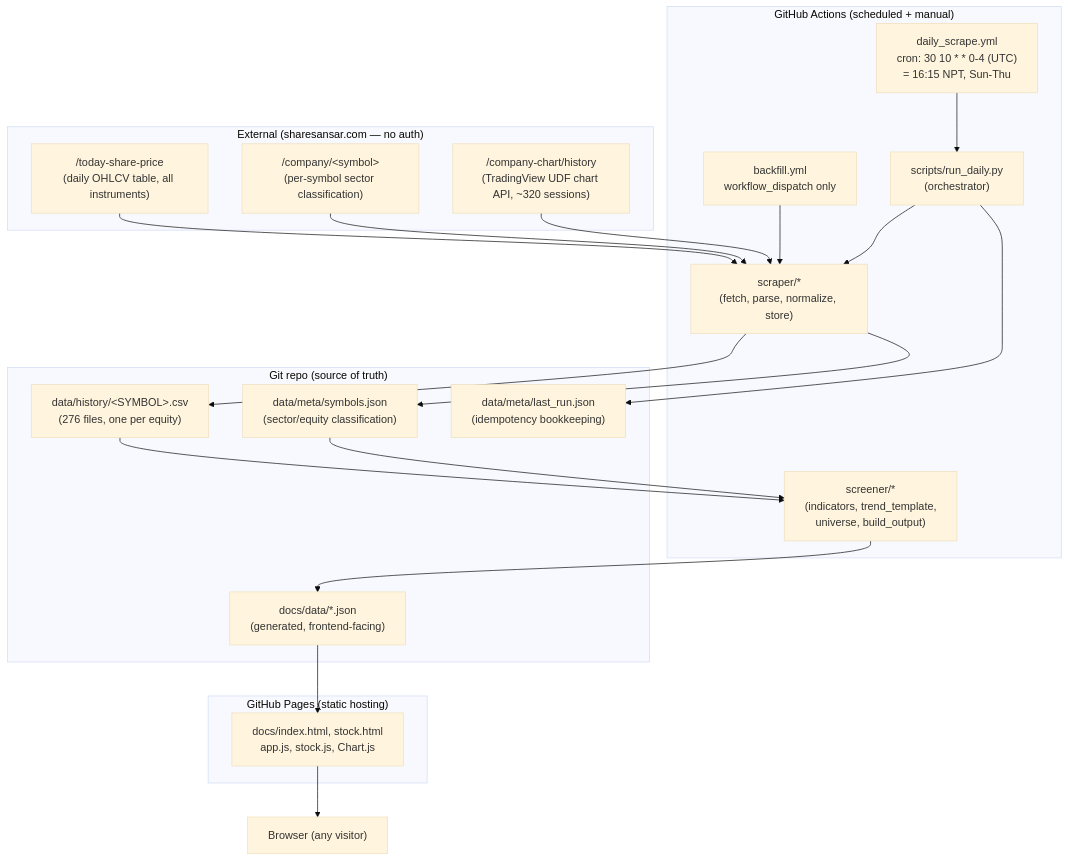
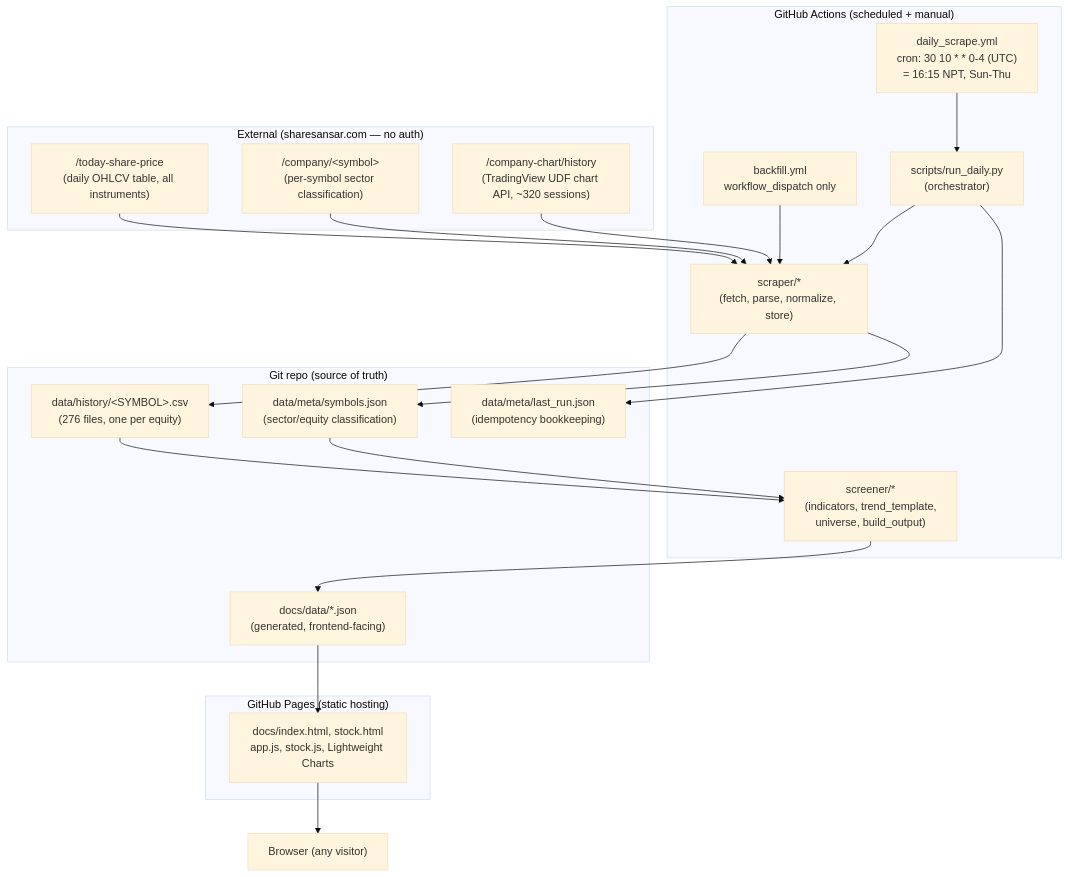
One commit to Sujangyawali/nepse-stage2-screener changed the first of 2 diagrams in TECHNICAL_DESIGN.md. Above: the diagram before and after it, drawn with Mermaid (base theme). The commit also changed other lines of this file and 23 other files, not shown here.

First line of the commit message:
Stock page: NepseAlpha-style candlestick chart with AMA lines

````diff
--- a/TECHNICAL_DESIGN.md
+++ b/TECHNICAL_DESIGN.md
@@ -31,43 +31,43 @@
 ```mermaid
 flowchart TB
     subgraph External["External (sharesansar.com — no auth)"]
         A1["/today-share-price\n(daily OHLCV table, all instruments)"]
         A2["/company/&lt;symbol&gt;\n(per-symbol sector classification)"]
         A3["/company-chart/history\n(TradingView UDF chart API, ~320 sessions)"]
     end
 
     subgraph CI["GitHub Actions (scheduled + manual)"]
         B1["daily_scrape.yml\ncron: 30 10 * * 0-4 (UTC)\n= 16:15 NPT, Sun-Thu"]
         B2["backfill.yml\nworkflow_dispatch only"]
         C["scripts/run_daily.py\n(orchestrator)"]
         D["scraper/*\n(fetch, parse, normalize, store)"]
         E["screener/*\n(indicators, trend_template,\nuniverse, build_output)"]
     end
 
     subgraph Repo["Git repo (source of truth)"]
         F1["data/history/&lt;SYMBOL&gt;.csv\n(276 files, one per equity)"]
         F2["data/meta/symbols.json\n(sector/equity classification)"]
         F3["data/meta/last_run.json\n(idempotency bookkeeping)"]
         F4["docs/data/*.json\n(generated, frontend-facing)"]
     end
 
     subgraph Pages["GitHub Pages (static hosting)"]
-        G["docs/index.html, stock.html\napp.js, stock.js, Chart.js"]
+        G["docs/index.html, stock.html\napp.js, stock.js, Lightweight Charts"]
     end
 
     H["Browser (any visitor)"]
 
     A1 --> D
     A2 --> D
     A3 --> D
     B1 --> C
     B2 --> D
     C --> D --> F1
     D --> F2
     C --> F3
     F1 --> E
     F2 --> E
     E --> F4
     F4 --> G
     G --> H
 ```
````
